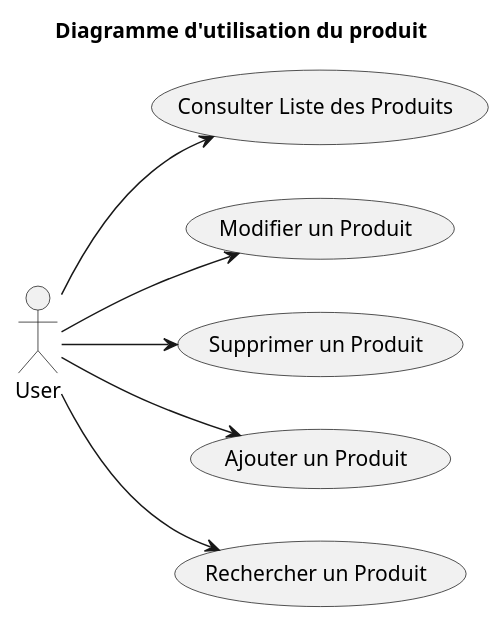
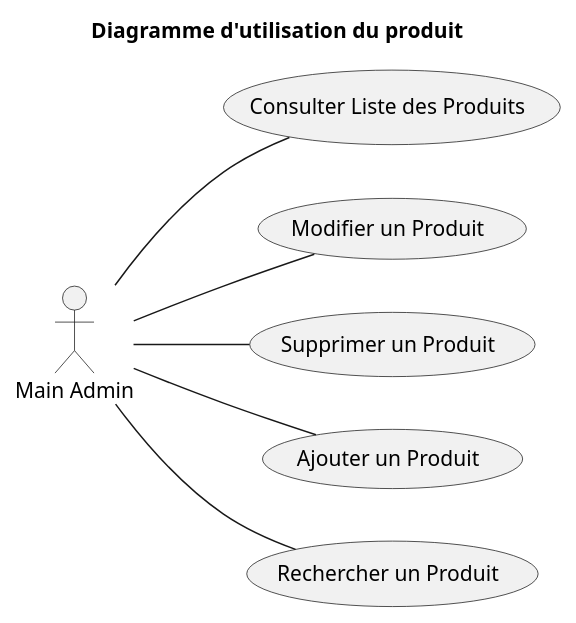
One commit to DevZakariaAz/Projet_Produit_SAS changed the diagram in DiagrammeDUtilisationProduit.puml. Above: the diagram before and after it, drawn with PlantUML. The commit also changed other lines of this file and 1 other file, not shown here.

```diff
--- a/DiagrammeDUtilisationProduit.puml
+++ b/DiagrammeDUtilisationProduit.puml
@@ -1,20 +21,11 @@
 @startuml
+left to right direction
 title Diagramme d'utilisation du produit 
-
-left to right direction
-
-actor User
-
-usecase "Consulter Liste des Produits" as UC1
-usecase "Modifier un Produit" as UC2
-usecase "Supprimer un Produit" as UC3
-usecase "Ajouter un Produit" as UC4
-usecase "Rechercher un Produit" as UC5
-
-User --> UC1
-User --> UC2
-User --> UC3
-User --> UC4
-User --> UC5
+"Main Admin" as Admin
+Admin -- (Consulter Liste des Produits)
+Admin -- (Modifier un Produit)
+Admin -- (Supprimer un Produit)
+Admin -- (Ajouter un Produit)
+Admin -- (Rechercher un Produit)
 
 @enduml
```
